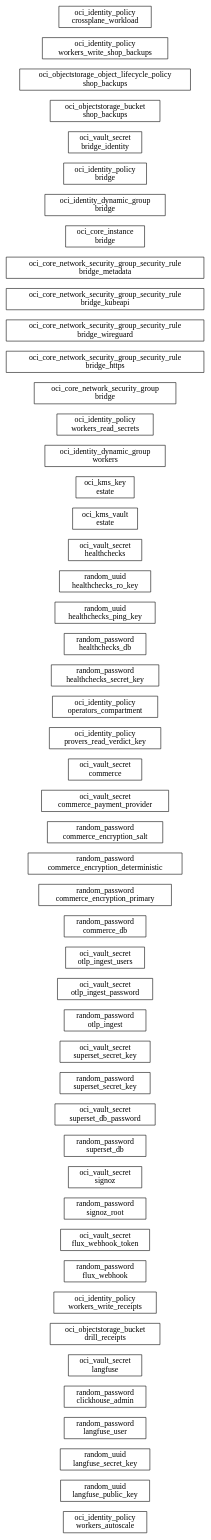
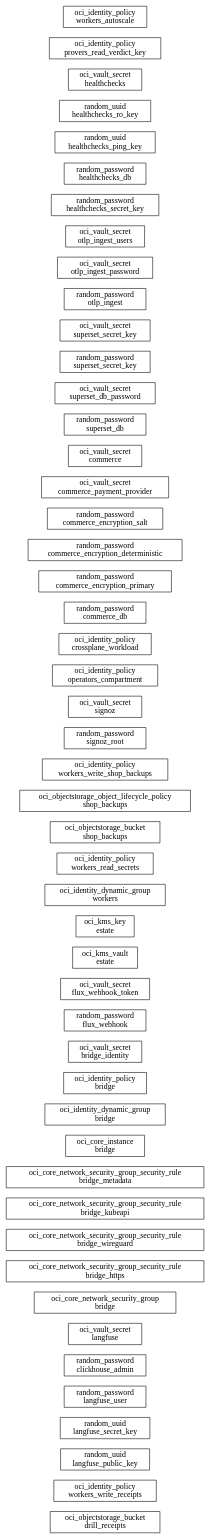
Before and after one commit to chidionyema/idp: the diagram in docs/diagrams/estate-dag.dot, drawn with Graphviz. The commit also changed other lines of this file, not shown here.

First line of the commit message:
chore(estate-dag): regenerate topology DAG from infrastructure state

```diff
--- a/docs/diagrams/estate-dag.dot
+++ b/docs/diagrams/estate-dag.dot
@@ -1,53 +1,53 @@
 digraph {
   rankdir=LR;
   node [shape=box];
-  "oci_identity_policy.workers_autoscale" [label="oci_identity_policy\nworkers_autoscale"];
+  "oci_objectstorage_bucket.drill_receipts" [label="oci_objectstorage_bucket\ndrill_receipts"];
+  "oci_identity_policy.workers_write_receipts" [label="oci_identity_policy\nworkers_write_receipts"];
   "random_uuid.langfuse_public_key" [label="random_uuid\nlangfuse_public_key"];
   "random_uuid.langfuse_secret_key" [label="random_uuid\nlangfuse_secret_key"];
   "random_password.langfuse_user" [label="random_password\nlangfuse_user"];
   "random_password.clickhouse_admin" [label="random_password\nclickhouse_admin"];
   "oci_vault_secret.langfuse" [label="oci_vault_secret\nlangfuse"];
-  "oci_objectstorage_bucket.drill_receipts" [label="oci_objectstorage_bucket\ndrill_receipts"];
-  "oci_identity_policy.workers_write_receipts" [label="oci_identity_policy\nworkers_write_receipts"];
-  "random_password.flux_webhook" [label="random_password\nflux_webhook"];
-  "oci_vault_secret.flux_webhook_token" [label="oci_vault_secret\nflux_webhook_token"];
-  "random_password.signoz_root" [label="random_password\nsignoz_root"];
-  "oci_vault_secret.signoz" [label="oci_vault_secret\nsignoz"];
-  "random_password.superset_db" [label="random_password\nsuperset_db"];
-  "oci_vault_secret.superset_db_password" [label="oci_vault_secret\nsuperset_db_password"];
-  "random_password.superset_secret_key" [label="random_password\nsuperset_secret_key"];
-  "oci_vault_secret.superset_secret_key" [label="oci_vault_secret\nsuperset_secret_key"];
-  "random_password.otlp_ingest" [label="random_password\notlp_ingest"];
-  "oci_vault_secret.otlp_ingest_password" [label="oci_vault_secret\notlp_ingest_password"];
-  "oci_vault_secret.otlp_ingest_users" [label="oci_vault_secret\notlp_ingest_users"];
-  "random_password.commerce_db" [label="random_password\ncommerce_db"];
-  "random_password.commerce_encryption_primary" [label="random_password\ncommerce_encryption_primary"];
-  "random_password.commerce_encryption_deterministic" [label="random_password\ncommerce_encryption_deterministic"];
-  "random_password.commerce_encryption_salt" [label="random_password\ncommerce_encryption_salt"];
-  "oci_vault_secret.commerce_payment_provider" [label="oci_vault_secret\ncommerce_payment_provider"];
-  "oci_vault_secret.commerce" [label="oci_vault_secret\ncommerce"];
-  "oci_identity_policy.provers_read_verdict_key" [label="oci_identity_policy\nprovers_read_verdict_key"];
-  "oci_identity_policy.operators_compartment" [label="oci_identity_policy\noperators_compartment"];
-  "random_password.healthchecks_secret_key" [label="random_password\nhealthchecks_secret_key"];
-  "random_password.healthchecks_db" [label="random_password\nhealthchecks_db"];
-  "random_uuid.healthchecks_ping_key" [label="random_uuid\nhealthchecks_ping_key"];
-  "random_uuid.healthchecks_ro_key" [label="random_uuid\nhealthchecks_ro_key"];
-  "oci_vault_secret.healthchecks" [label="oci_vault_secret\nhealthchecks"];
-  "oci_kms_vault.estate" [label="oci_kms_vault\nestate"];
-  "oci_kms_key.estate" [label="oci_kms_key\nestate"];
-  "oci_identity_dynamic_group.workers" [label="oci_identity_dynamic_group\nworkers"];
-  "oci_identity_policy.workers_read_secrets" [label="oci_identity_policy\nworkers_read_secrets"];
   "oci_core_network_security_group.bridge" [label="oci_core_network_security_group\nbridge"];
   "oci_core_network_security_group_security_rule.bridge_https" [label="oci_core_network_security_group_security_rule\nbridge_https"];
   "oci_core_network_security_group_security_rule.bridge_wireguard" [label="oci_core_network_security_group_security_rule\nbridge_wireguard"];
   "oci_core_network_security_group_security_rule.bridge_kubeapi" [label="oci_core_network_security_group_security_rule\nbridge_kubeapi"];
   "oci_core_network_security_group_security_rule.bridge_metadata" [label="oci_core_network_security_group_security_rule\nbridge_metadata"];
   "oci_core_instance.bridge" [label="oci_core_instance\nbridge"];
   "oci_identity_dynamic_group.bridge" [label="oci_identity_dynamic_group\nbridge"];
   "oci_identity_policy.bridge" [label="oci_identity_policy\nbridge"];
   "oci_vault_secret.bridge_identity" [label="oci_vault_secret\nbridge_identity"];
+  "random_password.flux_webhook" [label="random_password\nflux_webhook"];
+  "oci_vault_secret.flux_webhook_token" [label="oci_vault_secret\nflux_webhook_token"];
+  "oci_kms_vault.estate" [label="oci_kms_vault\nestate"];
+  "oci_kms_key.estate" [label="oci_kms_key\nestate"];
+  "oci_identity_dynamic_group.workers" [label="oci_identity_dynamic_group\nworkers"];
+  "oci_identity_policy.workers_read_secrets" [label="oci_identity_policy\nworkers_read_secrets"];
   "oci_objectstorage_bucket.shop_backups" [label="oci_objectstorage_bucket\nshop_backups"];
   "oci_objectstorage_object_lifecycle_policy.shop_backups" [label="oci_objectstorage_object_lifecycle_policy\nshop_backups"];
   "oci_identity_policy.workers_write_shop_backups" [label="oci_identity_policy\nworkers_write_shop_backups"];
+  "random_password.signoz_root" [label="random_password\nsignoz_root"];
+  "oci_vault_secret.signoz" [label="oci_vault_secret\nsignoz"];
+  "oci_identity_policy.operators_compartment" [label="oci_identity_policy\noperators_compartment"];
   "oci_identity_policy.crossplane_workload" [label="oci_identity_policy\ncrossplane_workload"];
+  "random_password.commerce_db" [label="random_password\ncommerce_db"];
+  "random_password.commerce_encryption_primary" [label="random_password\ncommerce_encryption_primary"];
+  "random_password.commerce_encryption_deterministic" [label="random_password\ncommerce_encryption_deterministic"];
+  "random_password.commerce_encryption_salt" [label="random_password\ncommerce_encryption_salt"];
+  "oci_vault_secret.commerce_payment_provider" [label="oci_vault_secret\ncommerce_payment_provider"];
+  "oci_vault_secret.commerce" [label="oci_vault_secret\ncommerce"];
+  "random_password.superset_db" [label="random_password\nsuperset_db"];
+  "oci_vault_secret.superset_db_password" [label="oci_vault_secret\nsuperset_db_password"];
+  "random_password.superset_secret_key" [label="random_password\nsuperset_secret_key"];
+  "oci_vault_secret.superset_secret_key" [label="oci_vault_secret\nsuperset_secret_key"];
+  "random_password.otlp_ingest" [label="random_password\notlp_ingest"];
+  "oci_vault_secret.otlp_ingest_password" [label="oci_vault_secret\notlp_ingest_password"];
+  "oci_vault_secret.otlp_ingest_users" [label="oci_vault_secret\notlp_ingest_users"];
+  "random_password.healthchecks_secret_key" [label="random_password\nhealthchecks_secret_key"];
+  "random_password.healthchecks_db" [label="random_password\nhealthchecks_db"];
+  "random_uuid.healthchecks_ping_key" [label="random_uuid\nhealthchecks_ping_key"];
+  "random_uuid.healthchecks_ro_key" [label="random_uuid\nhealthchecks_ro_key"];
+  "oci_vault_secret.healthchecks" [label="oci_vault_secret\nhealthchecks"];
+  "oci_identity_policy.provers_read_verdict_key" [label="oci_identity_policy\nprovers_read_verdict_key"];
+  "oci_identity_policy.workers_autoscale" [label="oci_identity_policy\nworkers_autoscale"];
 }
```
